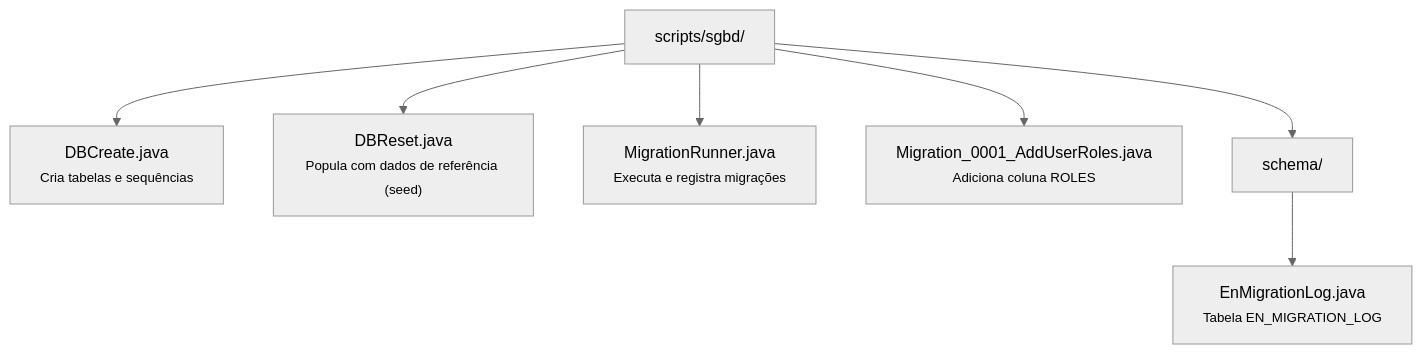
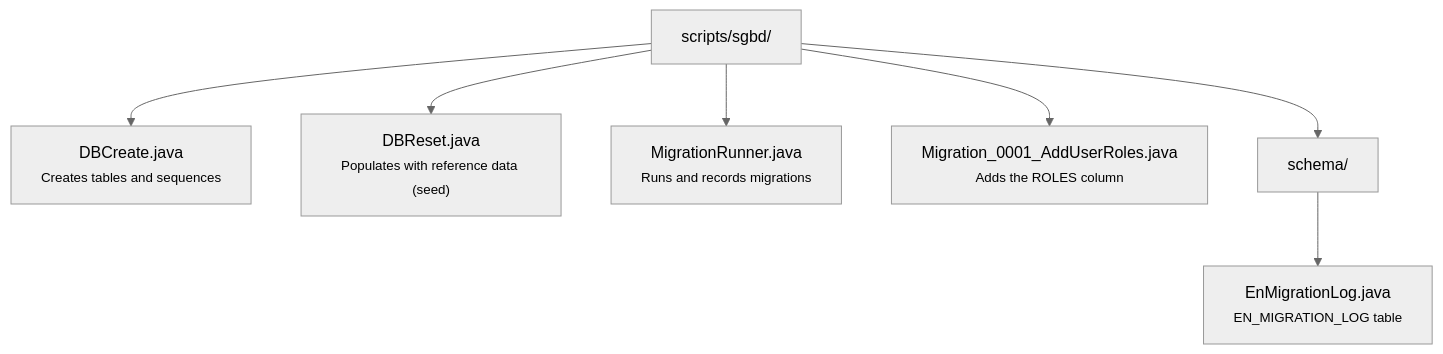
One commit to mrcdom/wdc-cube-java-v2 changed the diagram in fontes/br.com.wdc.shopping/br.com.wdc.shopping.scripts/README.md. Above: the diagram before and after it, drawn with Mermaid (neutral theme). The commit also changed other lines of this file and 69 other files, not shown here.

````diff
--- a/fontes/br.com.wdc.shopping/br.com.wdc.shopping.scripts/README.md
+++ b/fontes/br.com.wdc.shopping/br.com.wdc.shopping.scripts/README.md
@@ -14,10 +14,10 @@
 ```mermaid
 graph TD
     root["scripts/sgbd/"]
-    root --> DBCreate["DBCreate.java<br/><small>Cria tabelas e sequências</small>"]
-    root --> DBReset["DBReset.java<br/><small>Popula com dados de referência (seed)</small>"]
-    root --> MigRunner["MigrationRunner.java<br/><small>Executa e registra migrações</small>"]
-    root --> Mig0001["Migration_0001_AddUserRoles.java<br/><small>Adiciona coluna ROLES</small>"]
+    root --> DBCreate["DBCreate.java<br/><small>Creates tables and sequences</small>"]
+    root --> DBReset["DBReset.java<br/><small>Populates with reference data (seed)</small>"]
+    root --> MigRunner["MigrationRunner.java<br/><small>Runs and records migrations</small>"]
+    root --> Mig0001["Migration_0001_AddUserRoles.java<br/><small>Adds the ROLES column</small>"]
     root --> schema["schema/"]
-    schema --> EnMigLog["EnMigrationLog.java<br/><small>Tabela EN_MIGRATION_LOG</small>"]
+    schema --> EnMigLog["EnMigrationLog.java<br/><small>EN_MIGRATION_LOG table</small>"]
 ```
````
